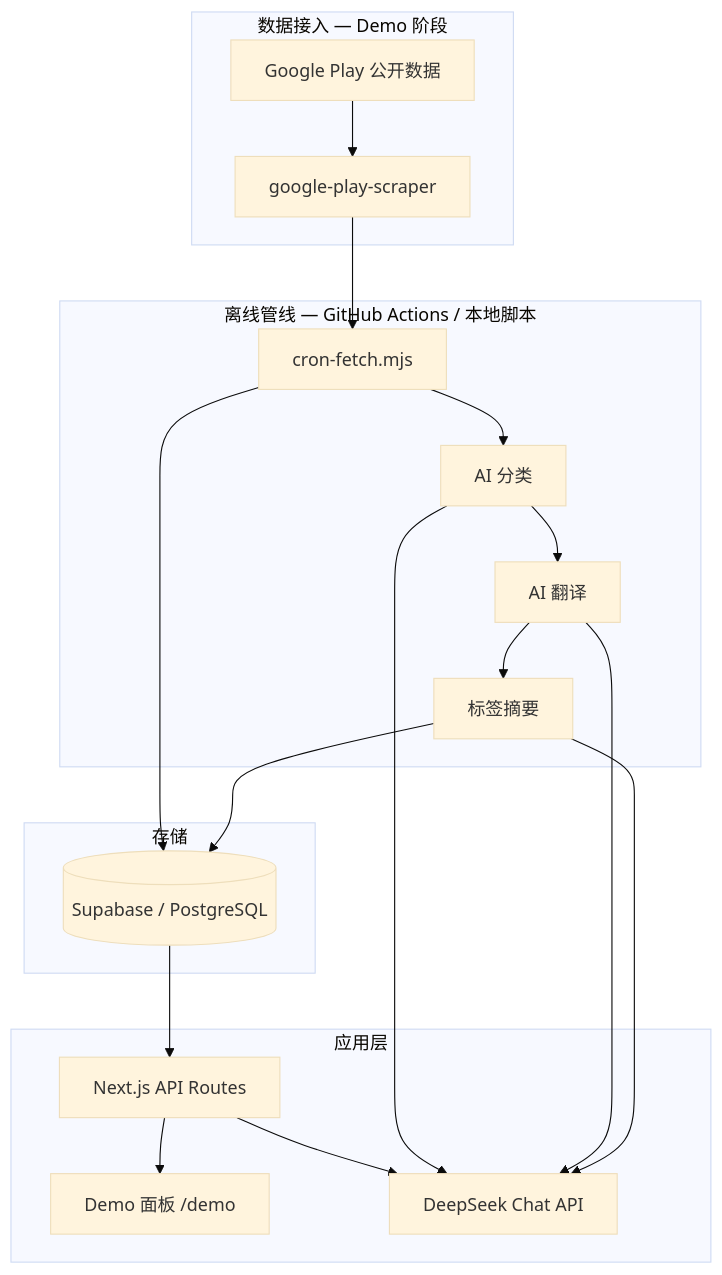
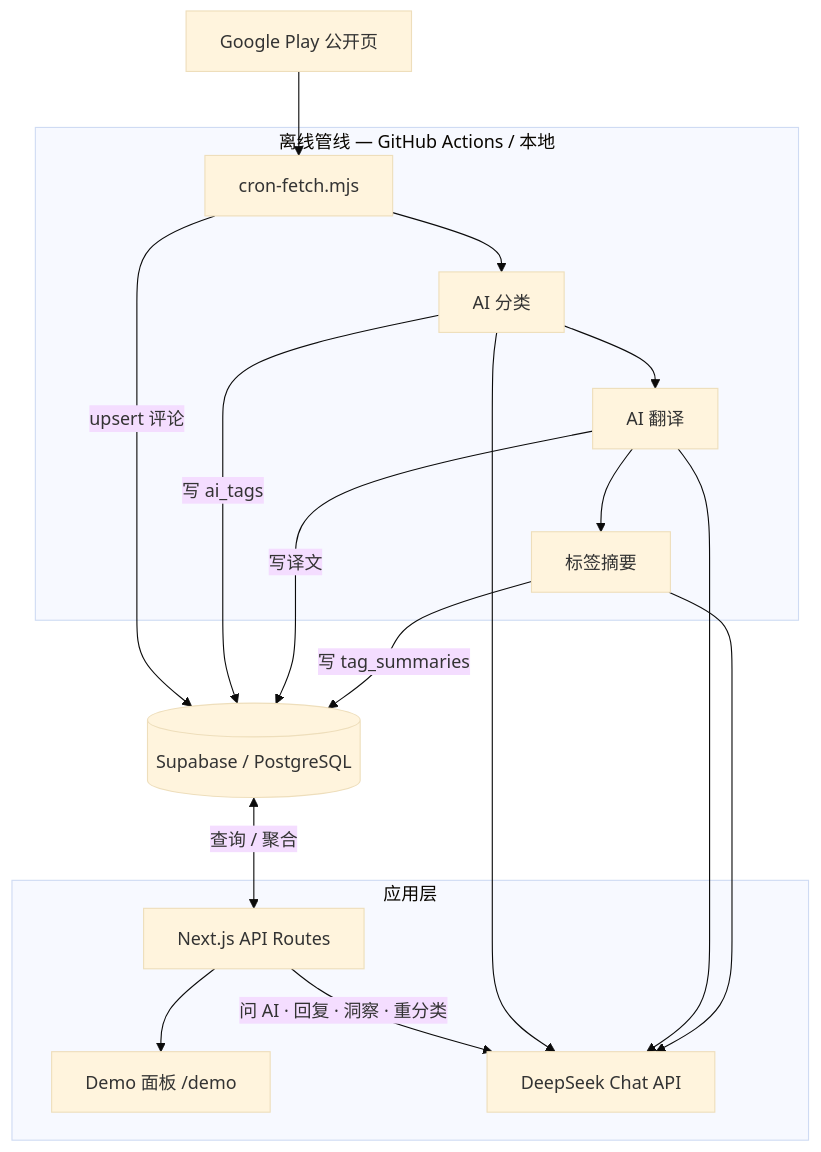
The third of 3 diagrams in README.md (somar111/hushengradar), drawn with Mermaid (base theme) before and after one commit. The commit also changed other lines of this file, not shown here.

````diff
--- a/README.md
+++ b/README.md
@@ -66,35 +194,30 @@
 ```mermaid
 flowchart TB
-  subgraph ingest [数据接入 — Demo 阶段]
-    GP[Google Play 公开数据]
-    Scraper[google-play-scraper]
-    GP --> Scraper
+  GP[Google Play 公开页] --> Cron[cron-fetch.mjs]
+
+  subgraph pipeline [离线管线 — GitHub Actions / 本地]
+    Cron --> Classify[AI 分类]
+    Classify --> Translate[AI 翻译]
+    Translate --> Summarize[标签摘要]
   end
 
-  subgraph pipeline [离线管线 — GitHub Actions / 本地脚本]
-  Scraper --> Cron[cron-fetch.mjs]
-  Cron --> Classify[AI 分类]
-  Classify --> Translate[AI 翻译]
-  Translate --> Summarize[标签摘要]
+  DB[(Supabase / PostgreSQL)]
+
+  Cron -->|upsert 评论| DB
+  Classify -->|写 ai_tags| DB
+  Translate -->|写译文| DB
+  Summarize -->|写 tag_summaries| DB
+
+  subgraph app [应用层]
+    UI[Demo 面板 /demo]
+    API[Next.js API Routes]
+    DS[DeepSeek Chat API]
   end
 
-  subgraph store [存储]
-  DB[(Supabase / PostgreSQL)]
-  end
-
-  Cron --> DB
-  Summarize --> DB
-
-  subgraph app [应用层]
-  API[Next.js API Routes]
-  UI[Demo 面板 /demo]
-  DS[DeepSeek Chat API]
-  end
-
-  DB --> API
+  DB <-->|查询 / 聚合| API
   API --> UI
-  API --> DS
+  API -->|问 AI · 回复 · 洞察 · 重分类| DS
   Classify --> DS
   Translate --> DS
   Summarize --> DS
 ```
````
